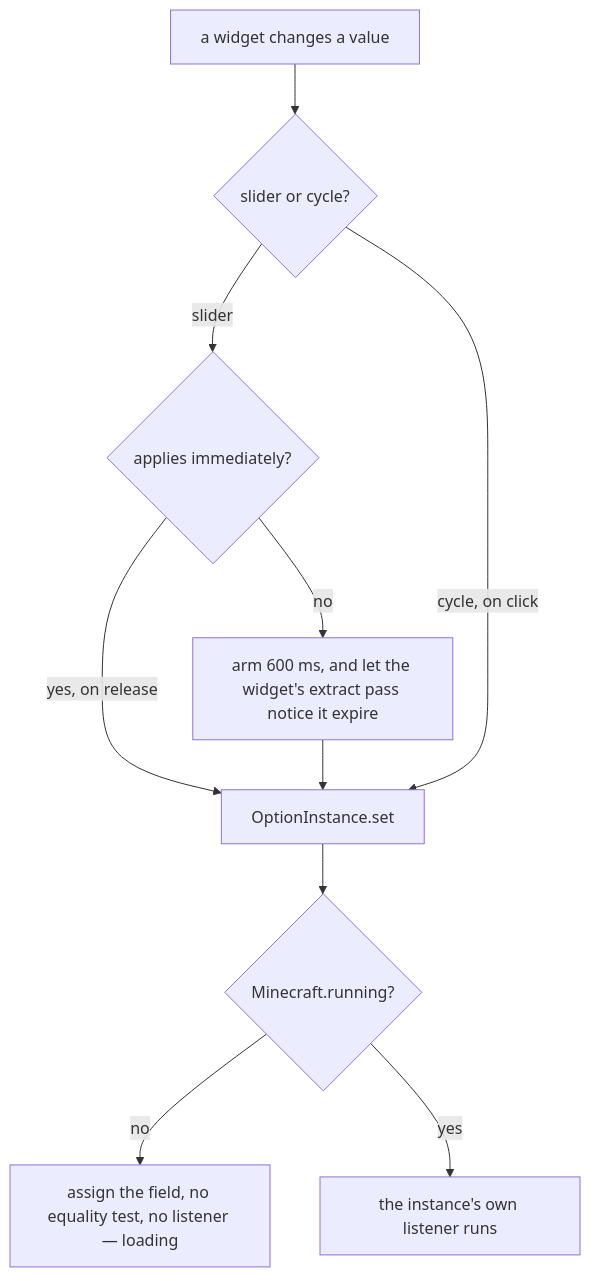
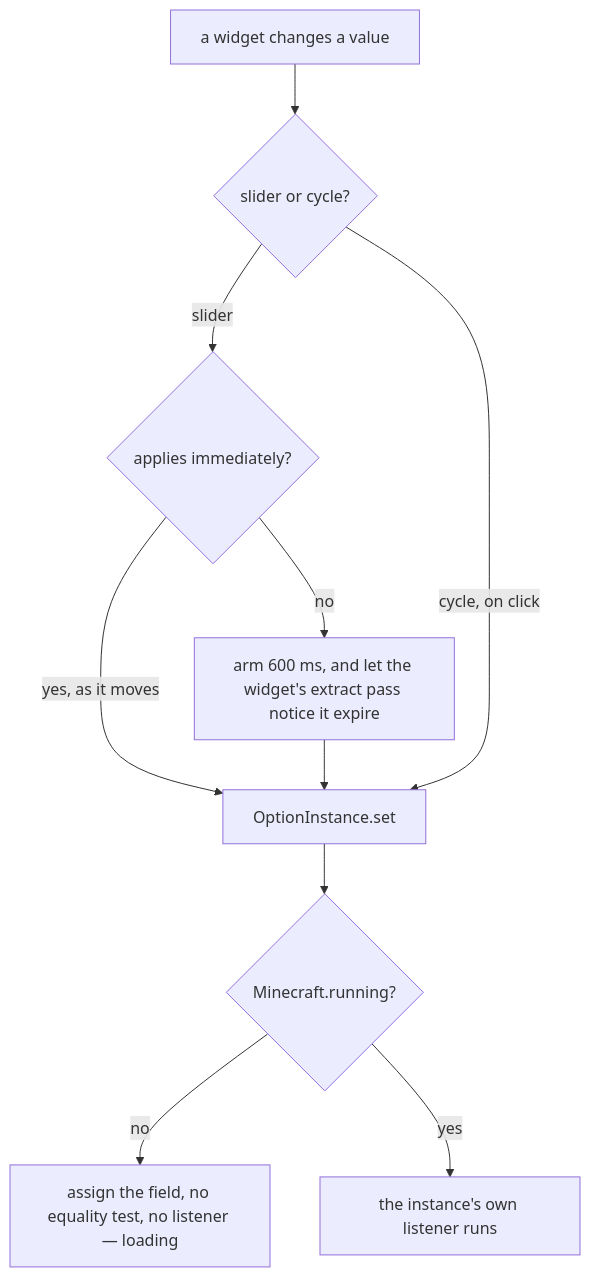
Before and after one commit to AlexanderjFraser/MinecraftDocs: the first of 2 diagrams in src/systems/client/options.md, drawn with Mermaid. The commit also changed other lines of this file and 33 other files, not shown here.

````diff
--- a/src/systems/client/options.md
+++ b/src/systems/client/options.md
@@ -36,19 +35,19 @@
 ```mermaid
 flowchart TD
     CHANGE["a widget changes a value"]
     KIND{"slider or cycle?"}
     IMMED{"applies immediately?"}
     ARM["arm 600 ms, and let the widget's extract pass notice it expire"]
     SET["OptionInstance.set"]
     RUNNING{"Minecraft.running?"}
     SILENT["assign the field, no equality test, no listener — loading"]
     LISTEN["the instance's own listener runs"]
     CHANGE --> KIND
     KIND -- "slider" --> IMMED
-    IMMED -- "yes, on release" --> SET
+    IMMED -- "yes, as it moves" --> SET
     IMMED -- "no" --> ARM --> SET
     KIND -- "cycle, on click" --> SET
     SET --> RUNNING
     RUNNING -- "no" --> SILENT
     RUNNING -- "yes" --> LISTEN
 ```
````
